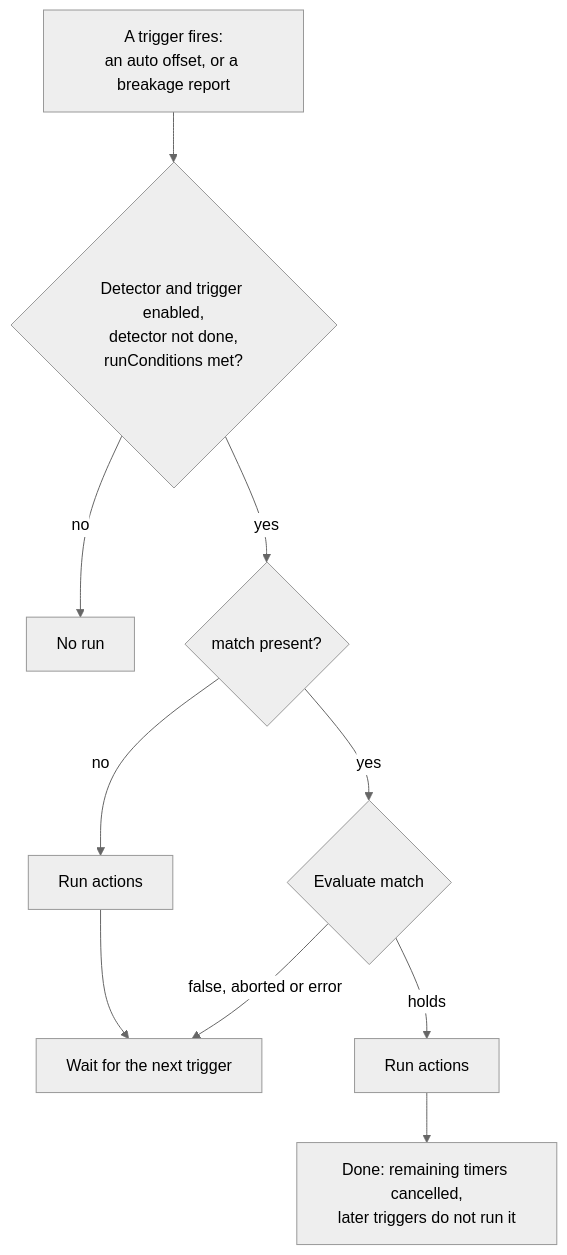
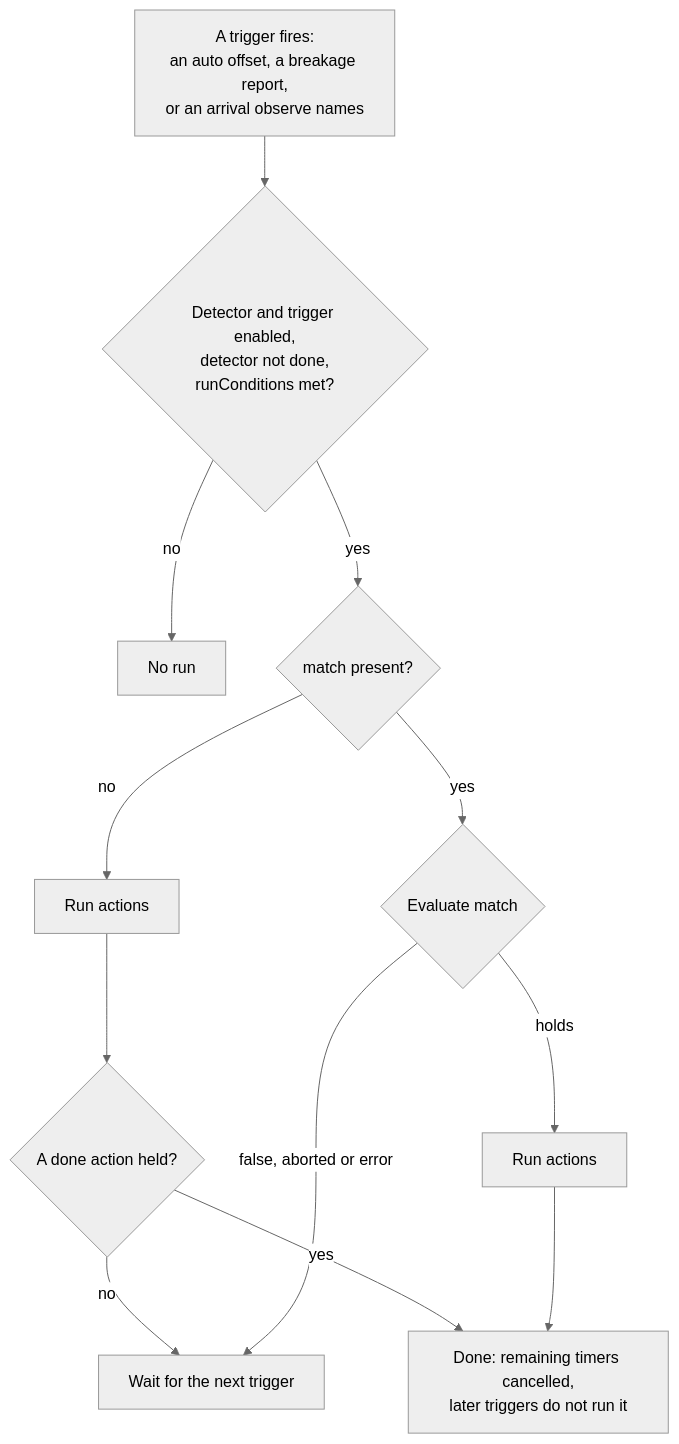
One commit to duckduckgo/privacy-configuration changed the first of 2 diagrams in docs/web-detection/overview.md. Above: the diagram before and after it, drawn with Mermaid (neutral theme). The commit also changed other lines of this file and 4 other files, not shown here.

First line of the commit message:
Document the observe trigger, observed, trigger and done

````diff
--- a/docs/web-detection/overview.md
+++ b/docs/web-detection/overview.md
@@ -13,10 +13,12 @@
 ```mermaid
 flowchart TD
-    trigger["A trigger fires:<br>an auto offset, or a breakage report"] --> gate{"Detector and trigger enabled,<br>detector not done,<br>runConditions met?"}
+    trigger["A trigger fires:<br>an auto offset, a breakage report,<br>or an arrival observe names"] --> gate{"Detector and trigger enabled,<br>detector not done,<br>runConditions met?"}
     gate -->|no| skip["No run"]
     gate -->|yes| hasMatch{"match present?"}
-    hasMatch -->|no| everyRun["Run actions"] --> next["Wait for the next trigger"]
+    hasMatch -->|no| everyRun["Run actions"] --> doneAction{"A done action held?"}
+    doneAction -->|no| next["Wait for the next trigger"]
+    doneAction -->|yes| done
     hasMatch -->|yes| match{"Evaluate match"}
     match -->|"false, aborted or error"| next
     match -->|holds| onceRun["Run actions"] --> done["Done: remaining timers cancelled,<br>later triggers do not run it"]
 ```
````
